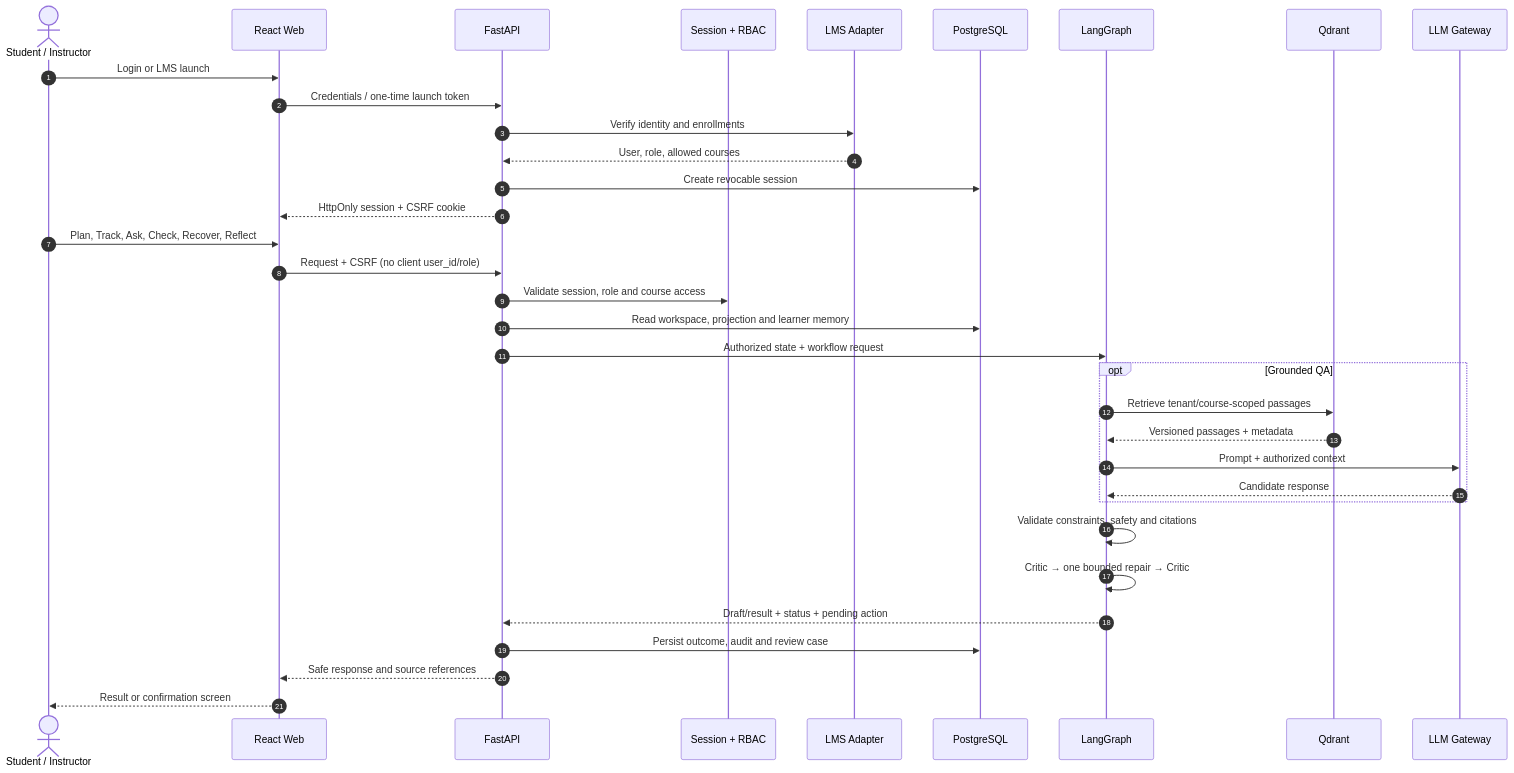
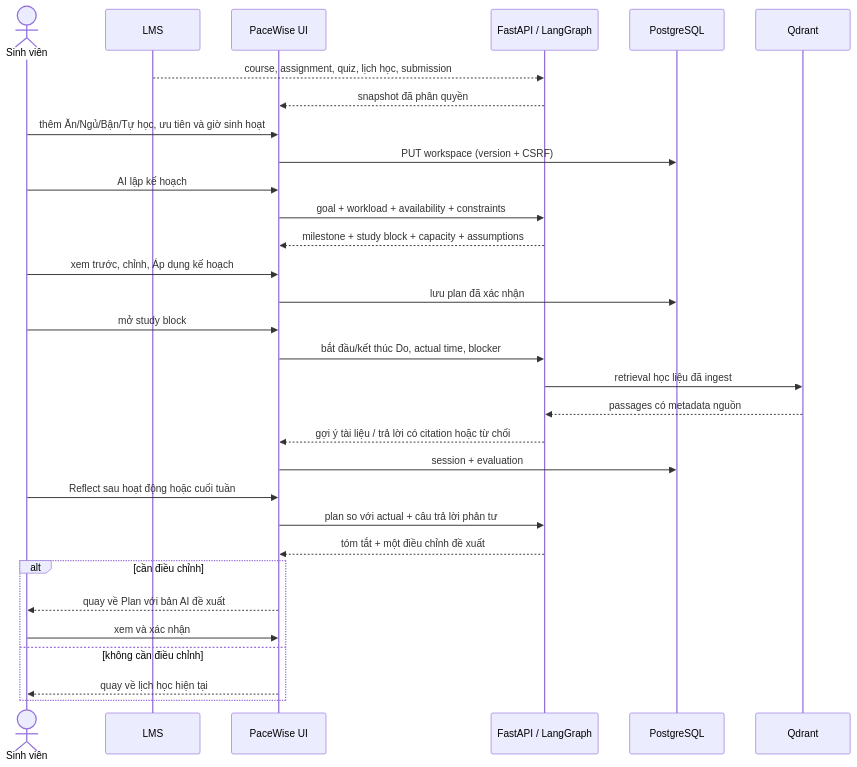
One commit to kchi24/K4_AI20K_2A202602797_ThanThiKimChi_Project changed the third of 5 diagrams in docs/architecture_diagram.md. Above: the diagram before and after it, drawn with Mermaid. The commit also changed other lines of this file and 39 other files, not shown here.

Commit message:
feat: complete PaceWise learning workflow demo

````diff
--- a/docs/architecture_diagram.md
+++ b/docs/architecture_diagram.md
@@ -114,38 +85,34 @@
 ```mermaid
 sequenceDiagram
-    autonumber
-    actor User as Student / Instructor
-    participant UI as React Web
-    participant API as FastAPI
-    participant Auth as Session + RBAC
-    participant LMS as LMS Adapter
+    actor S as Sinh viên
+    participant LMS as LMS
+    participant UI as PaceWise UI
+    participant API as FastAPI / LangGraph
     participant DB as PostgreSQL
-    participant Agent as LangGraph
-    participant Vector as Qdrant
-    participant Model as LLM Gateway
+    participant Q as Qdrant
 
-    User->>UI: Login or LMS launch
-    UI->>API: Credentials / one-time launch token
-    API->>LMS: Verify identity and enrollments
-    LMS-->>API: User, role, allowed courses
-    API->>DB: Create revocable session
-    API-->>UI: HttpOnly session + CSRF cookie
-
-    User->>UI: Plan, Track, Ask, Check, Recover, Reflect
-    UI->>API: Request + CSRF (no client user_id/role)
-    API->>Auth: Validate session, role and course access
-    API->>DB: Read workspace, projection and learner memory
-    API->>Agent: Authorized state + workflow request
-    opt Grounded QA
-        Agent->>Vector: Retrieve tenant/course-scoped passages
-        Vector-->>Agent: Versioned passages + metadata
-        Agent->>Model: Prompt + authorized context
-        Model-->>Agent: Candidate response
+    LMS-->>API: course, assignment, quiz, lịch học, submission
+    API-->>UI: snapshot đã phân quyền
+    S->>UI: thêm Ăn/Ngủ/Bận/Tự học, ưu tiên và giờ sinh hoạt
+    UI->>DB: PUT workspace (version + CSRF)
+    S->>UI: AI lập kế hoạch
+    UI->>API: goal + workload + availability + constraints
+    API-->>UI: milestone + study block + capacity + assumptions
+    S->>UI: xem trước, chỉnh, Áp dụng kế hoạch
+    UI->>DB: lưu plan đã xác nhận
+    S->>UI: mở study block
+    UI->>API: bắt đầu/kết thúc Do, actual time, blocker
+    API->>Q: retrieval học liệu đã ingest
+    Q-->>API: passages có metadata nguồn
+    API-->>UI: gợi ý tài liệu / trả lời có citation hoặc từ chối
+    UI->>DB: session + evaluation
+    S->>UI: Reflect sau hoạt động hoặc cuối tuần
+    UI->>API: plan so với actual + câu trả lời phản tư
+    API-->>UI: tóm tắt + một điều chỉnh đề xuất
+    alt cần điều chỉnh
+        UI-->>S: quay về Plan với bản AI đề xuất
+        S->>UI: xem và xác nhận
+    else không cần điều chỉnh
+        UI-->>S: quay về lịch học hiện tại
     end
-    Agent->>Agent: Validate constraints, safety and citations
-    Agent->>Agent: Critic → one bounded repair → Critic
-    Agent-->>API: Draft/result + status + pending action
-    API->>DB: Persist outcome, audit and review case
-    API-->>UI: Safe response and source references
-    UI-->>User: Result or confirmation screen
 ```
````
